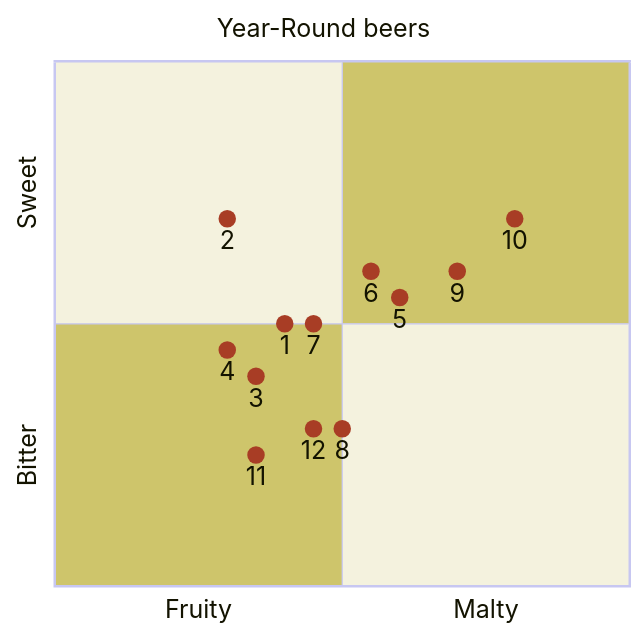
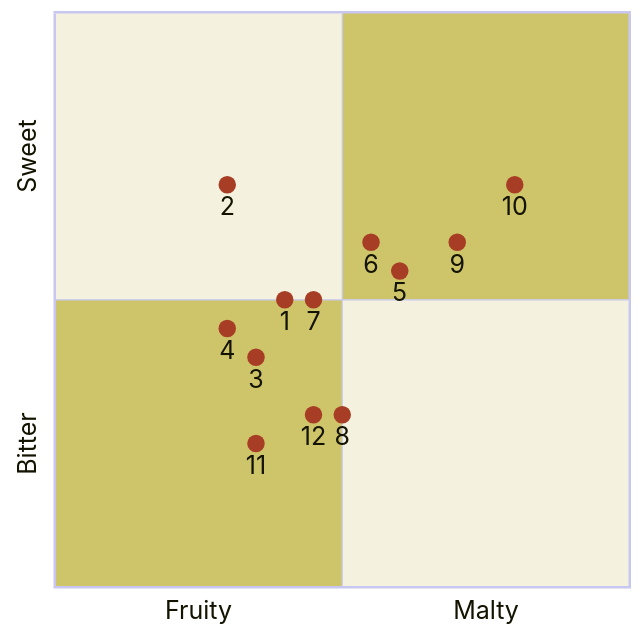
The first of 13 diagrams in docs/beers-year-round.mdx (josh-wong/baird-beer-quadrants), drawn with Mermaid before and after one commit. The commit also changed other lines of this file and 3 other files, not shown here.

````diff
--- a/docs/beers-year-round.mdx
+++ b/docs/beers-year-round.mdx
@@ -14,19 +14,18 @@
 ```mermaid
 %%{init: {"quadrantChart": {"xAxisLabelFontSize": 20, "yAxisLabelFontSize": 20,"pointLabelFontSize": 20, "pointRadius": 7, "pointTextPadding": 9}, "themeVariables": {"quadrantPointFill": "#a83d25", "quadrant1Fill": "#cec56b", "quadrant2Fill": "#f4f2de", "quadrant3Fill": "#cec56b", "quadrant4Fill": "#f4f2de"} }}%%
 quadrantChart
-    title Year-Round beers
     x-axis Fruity --> Malty
     y-axis Bitter --> Sweet
     1: [0.40, 0.50]
     2: [0.30, 0.70]
     3: [0.35, 0.40]
     4: [0.30, 0.45]
     5: [0.60, 0.55]
     6: [0.55, 0.60]
     7: [0.45, 0.50]
     8: [0.50, 0.30]
     9: [0.70, 0.60]
     10: [0.80, 0.70]
     11: [0.35, 0.25]
     12: [0.45, 0.30]
 ```
````
